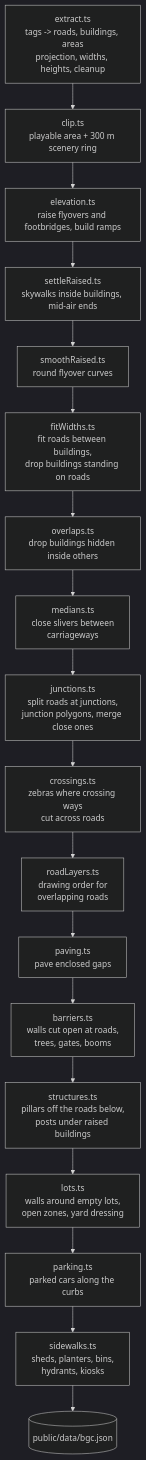
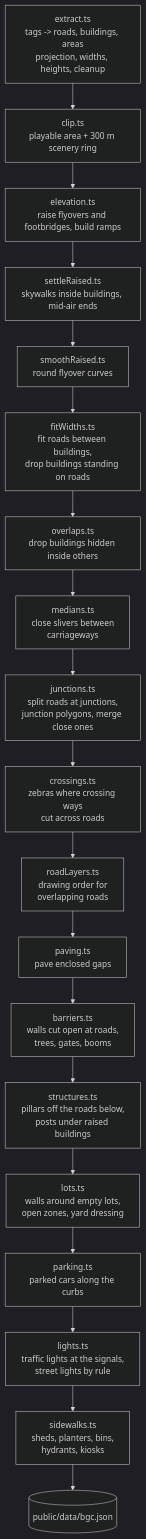
Before and after one commit to ajs0905/drive-thru-mnl: the second of 5 diagrams in docs/ARCHITECTURE.md, drawn with Mermaid (dark theme). The commit also changed other lines of this file and 18 other files, not shown here.

Commit message:
add traffic lights at the mapped signals and street lights along the avenues, at real sizes

````diff
--- a/docs/ARCHITECTURE.md
+++ b/docs/ARCHITECTURE.md
@@ -105,20 +105,21 @@
 ```mermaid
 flowchart TD
   A[extract.ts<br/>tags -> roads, buildings, areas<br/>projection, widths, heights, cleanup] --> B[clip.ts<br/>playable area + 300 m scenery ring]
   B --> C[elevation.ts<br/>raise flyovers and footbridges, build ramps]
   C --> D[settleRaised.ts<br/>skywalks inside buildings, mid-air ends]
   D --> R[smoothRaised.ts<br/>round flyover curves]
   R --> E[fitWidths.ts<br/>fit roads between buildings,<br/>drop buildings standing on roads]
   E --> O[overlaps.ts<br/>drop buildings hidden inside others]
   O --> M[medians.ts<br/>close slivers between<br/>carriageways]
   M --> G[junctions.ts<br/>split roads at junctions,<br/>junction polygons, merge close ones]
   G --> H[crossings.ts<br/>zebras where crossing ways<br/>cut across roads]
   H --> L[roadLayers.ts<br/>drawing order for<br/>overlapping roads]
   L --> P[paving.ts<br/>pave enclosed gaps]
   P --> X[barriers.ts<br/>walls cut open at roads,<br/>trees, gates, booms]
   X --> S[structures.ts<br/>pillars off the roads below,<br/>posts under raised buildings]
   S --> LT[lots.ts<br/>walls around empty lots,<br/>open zones, yard dressing]
   LT --> K[parking.ts<br/>parked cars along the curbs]
-  K --> SW[sidewalks.ts<br/>sheds, planters, bins,<br/>hydrants, kiosks]
+  K --> LI[lights.ts<br/>traffic lights at the signals,<br/>street lights by rule]
+  LI --> SW[sidewalks.ts<br/>sheds, planters, bins,<br/>hydrants, kiosks]
   SW --> F[(public/data/bgc.json)]
 ```
````
